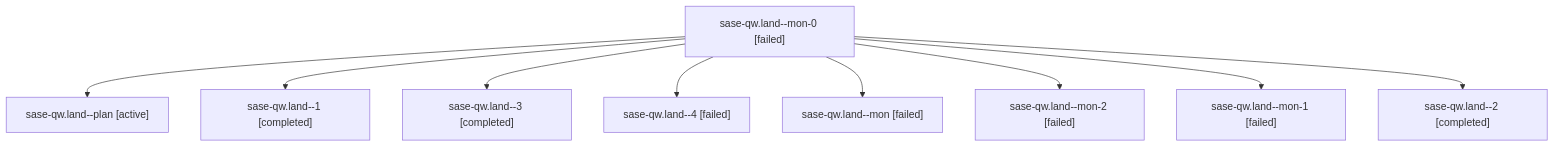
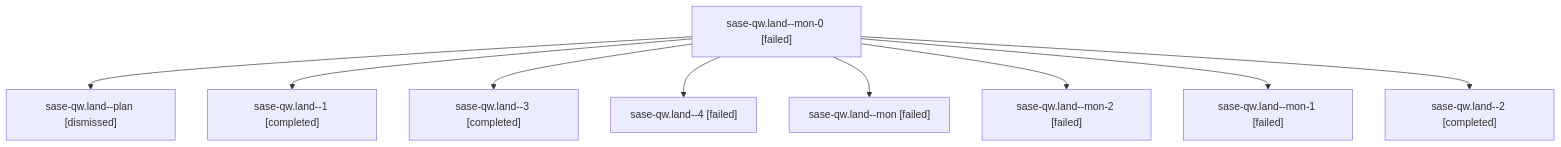
The diagram in sessions/bbugyi200.athena.sase-qw.land.md (sase-org/sase--agents), drawn with Mermaid before and after one commit. The commit also changed other lines of this file and 112 other files, not shown here.

````diff
--- a/sessions/bbugyi200.athena.sase-qw.land.md
+++ b/sessions/bbugyi200.athena.sase-qw.land.md
@@ -9,20 +9,20 @@
 ```mermaid
 flowchart TD
   n0["sase-qw.land--mon-0 [failed]"]
-  n1["sase-qw.land--plan [active]"]
+  n1["sase-qw.land--plan [dismissed]"]
   n0 --> n1
   n2["sase-qw.land--1 [completed]"]
   n0 --> n2
   n3["sase-qw.land--3 [completed]"]
   n0 --> n3
   n4["sase-qw.land--4 [failed]"]
   n0 --> n4
   n5["sase-qw.land--mon [failed]"]
   n0 --> n5
   n6["sase-qw.land--mon-2 [failed]"]
   n0 --> n6
   n7["sase-qw.land--mon-1 [failed]"]
   n0 --> n7
   n8["sase-qw.land--2 [completed]"]
   n0 --> n8
 ```
````
